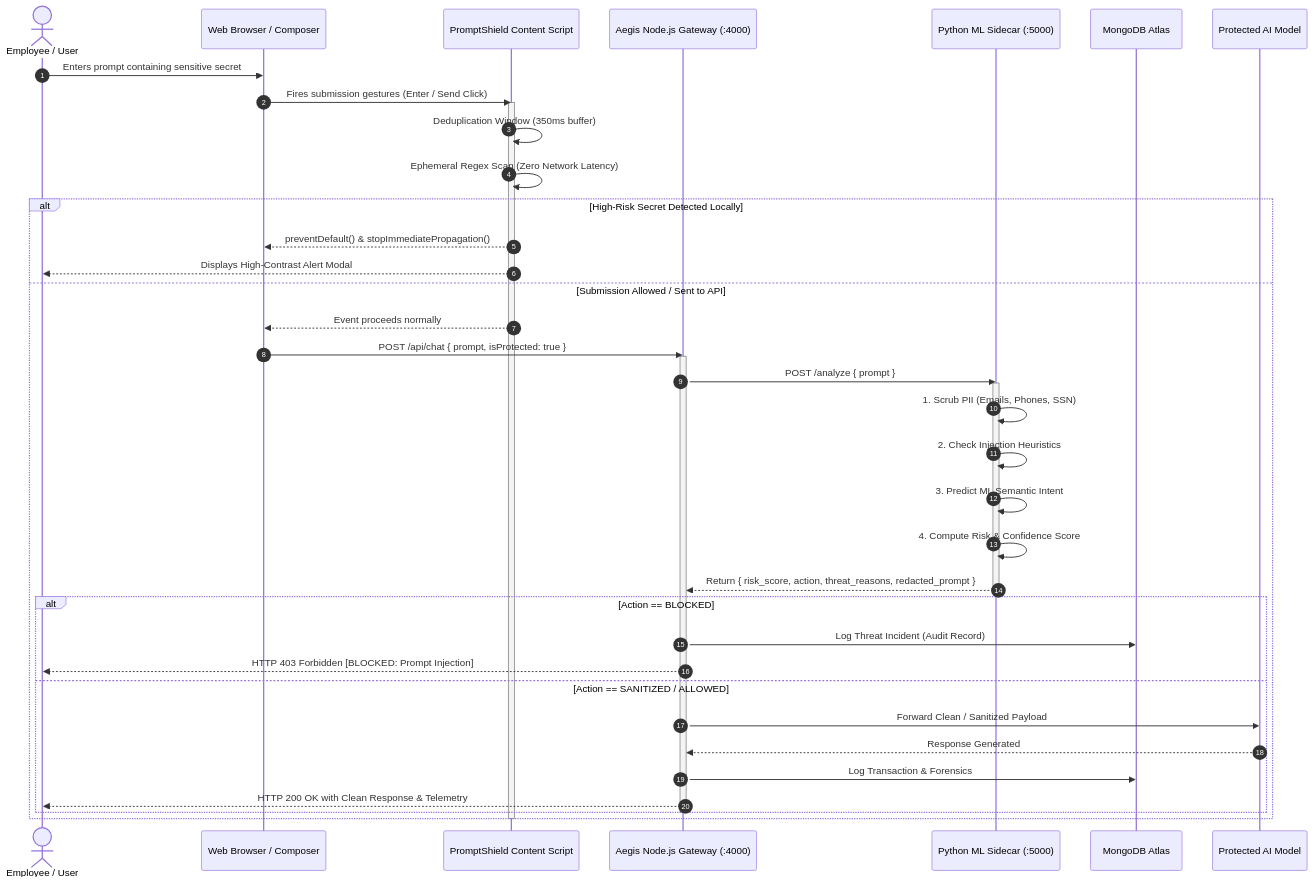
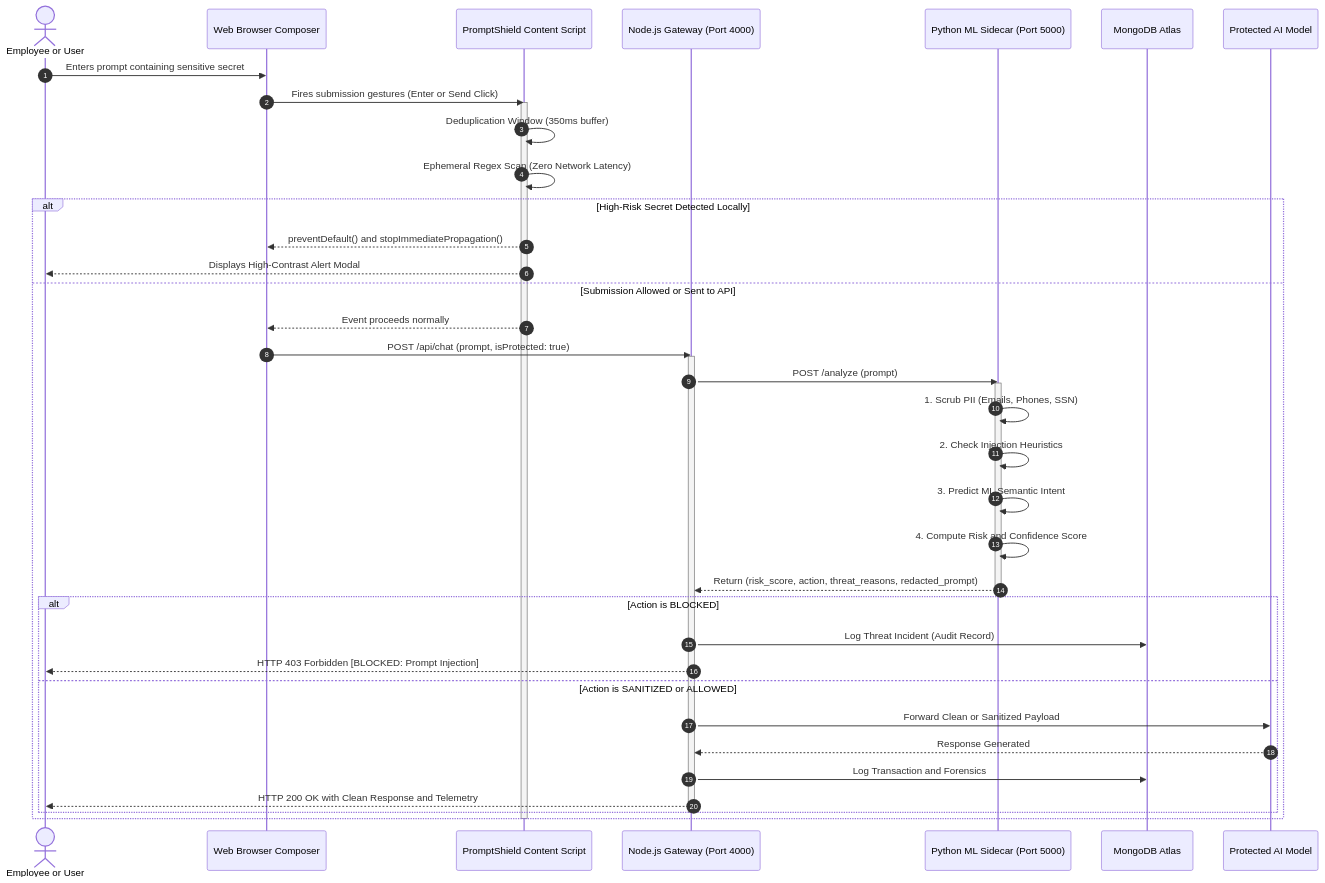
The second of 4 diagrams in README.md (Mohd-Ali-Creator/PromptShield), drawn with Mermaid before and after one commit. The commit also changed other lines of this file, not shown here.

Commit message:
fix(docs): fix Mermaid diagram syntax errors for GitHub rendering

````diff
--- a/README.md
+++ b/README.md
@@ -169,45 +171,45 @@
 ```mermaid
 sequenceDiagram
     autonumber
-    actor User as Employee / User
-    participant Browser as Web Browser / Composer
+    actor User as Employee or User
+    participant Browser as Web Browser Composer
     participant Extension as PromptShield Content Script
-    participant Gateway as Aegis Node.js Gateway (:4000)
-    participant Sidecar as Python ML Sidecar (:5000)
+    participant Gateway as Node.js Gateway (Port 4000)
+    participant Sidecar as Python ML Sidecar (Port 5000)
     participant DB as MongoDB Atlas
     participant LLM as Protected AI Model
 
     User->>Browser: Enters prompt containing sensitive secret
-    Browser->>Extension: Fires submission gestures (Enter / Send Click)
+    Browser->>Extension: Fires submission gestures (Enter or Send Click)
     activate Extension
     Extension->>Extension: Deduplication Window (350ms buffer)
     Extension->>Extension: Ephemeral Regex Scan (Zero Network Latency)
     alt High-Risk Secret Detected Locally
-        Extension-->>Browser: preventDefault() & stopImmediatePropagation()
+        Extension-->>Browser: preventDefault() and stopImmediatePropagation()
         Extension-->>User: Displays High-Contrast Alert Modal
-    else Submission Allowed / Sent to API
+    else Submission Allowed or Sent to API
         Extension-->>Browser: Event proceeds normally
-        Browser->>Gateway: POST /api/chat { prompt, isProtected: true }
+        Browser->>Gateway: POST /api/chat (prompt, isProtected: true)
         activate Gateway
-        Gateway->>Sidecar: POST /analyze { prompt }
+        Gateway->>Sidecar: POST /analyze (prompt)
         activate Sidecar
         Sidecar->>Sidecar: 1. Scrub PII (Emails, Phones, SSN)
         Sidecar->>Sidecar: 2. Check Injection Heuristics
         Sidecar->>Sidecar: 3. Predict ML Semantic Intent
-        Sidecar->>Sidecar: 4. Compute Risk & Confidence Score
-        Sidecar-->>Gateway: Return { risk_score, action, threat_reasons, redacted_prompt }
+        Sidecar->>Sidecar: 4. Compute Risk and Confidence Score
+        Sidecar-->>Gateway: Return (risk_score, action, threat_reasons, redacted_prompt)
         deactivate Sidecar
 
-        alt Action == BLOCKED
+        alt Action is BLOCKED
             Gateway->>DB: Log Threat Incident (Audit Record)
             Gateway-->>User: HTTP 403 Forbidden [BLOCKED: Prompt Injection]
-        else Action == SANITIZED / ALLOWED
-            Gateway->>LLM: Forward Clean / Sanitized Payload
+        else Action is SANITIZED or ALLOWED
+            Gateway->>LLM: Forward Clean or Sanitized Payload
             LLM-->>Gateway: Response Generated
-            Gateway->>DB: Log Transaction & Forensics
-            Gateway-->>User: HTTP 200 OK with Clean Response & Telemetry
+            Gateway->>DB: Log Transaction and Forensics
+            Gateway-->>User: HTTP 200 OK with Clean Response and Telemetry
         end
         deactivate Gateway
     end
     deactivate Extension
 ```
````
